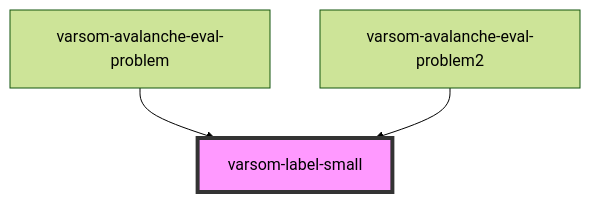
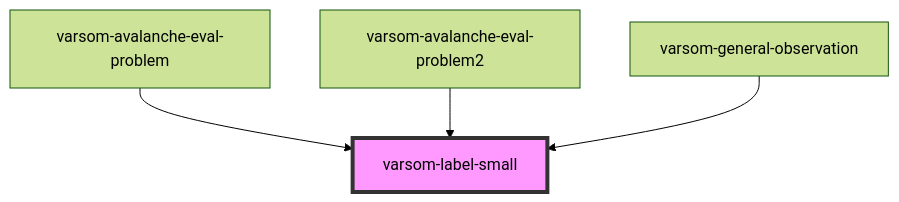
Before and after one commit to NVE/varsom-observation: the diagram in observasjonskort/src/components/varsom-label-small/readme.md, drawn with Mermaid (forest theme). The commit also changed other lines of this file and 6 other files, not shown here.

Commit message:
updated general observation component

````diff
--- a/observasjonskort/src/components/varsom-label-small/readme.md
+++ b/observasjonskort/src/components/varsom-label-small/readme.md
@@ -23,6 +24,7 @@
 ```mermaid
 graph TD;
   varsom-avalanche-eval-problem --> varsom-label-small
   varsom-avalanche-eval-problem2 --> varsom-label-small
+  varsom-general-observation --> varsom-label-small
   style varsom-label-small fill:#f9f,stroke:#333,stroke-width:4px
 ```
````
